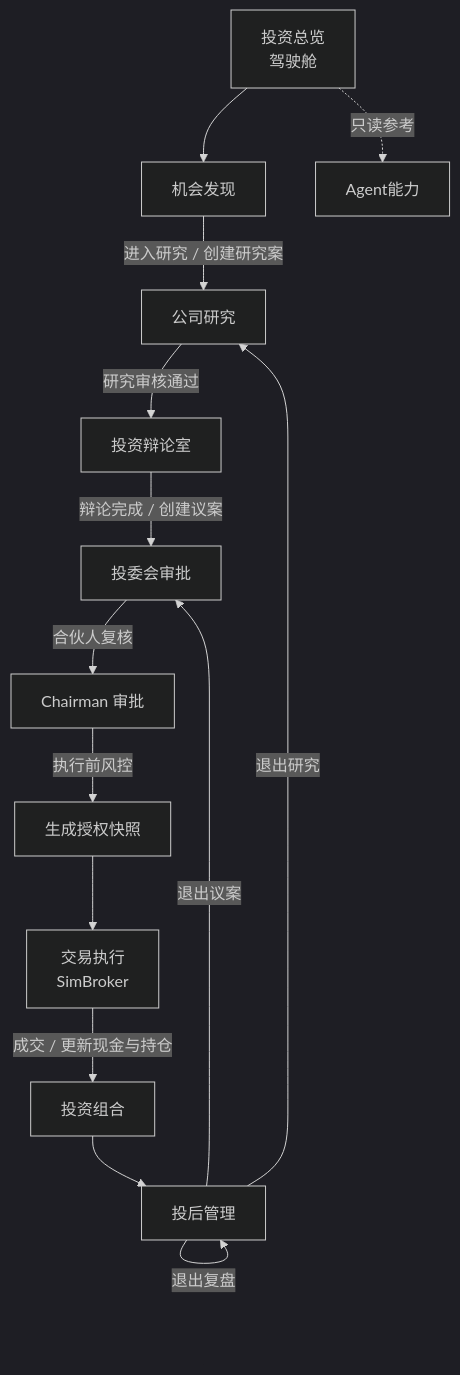
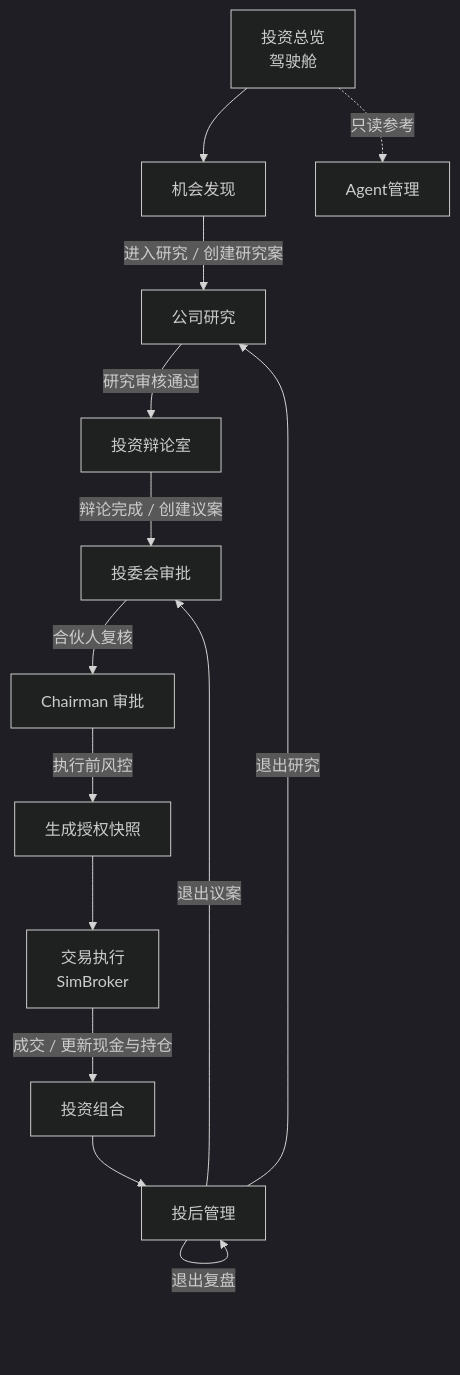
Before and after one commit to dushilieerem/1: the first of 10 diagrams in docs/功能包/FEAT-034-机构端首版闭环/机构端业务流程与模块内流程-2026-11-04.md, drawn with Mermaid (dark theme). The commit also changed other lines of this file and 19 other files, not shown here.

````diff
--- a/docs/功能包/FEAT-034-机构端首版闭环/机构端业务流程与模块内流程-2026-11-04.md
+++ b/docs/功能包/FEAT-034-机构端首版闭环/机构端业务流程与模块内流程-2026-11-04.md
@@ -19,16 +19,16 @@
 ```mermaid
 flowchart TD
   O[投资总览<br/>驾驶舱] --> I[机会发现]
   I -->|进入研究 / 创建研究案| R[公司研究]
   R -->|研究审核通过| D[投资辩论室]
   D -->|辩论完成 / 创建议案| A[投委会审批]
   A -->|合伙人复核| A2[Chairman 审批]
   A2 -->|执行前风控| A3[生成授权快照]
   A3 --> X[交易执行<br/>SimBroker]
   X -->|成交 / 更新现金与持仓| P[投资组合]
   P --> M[投后管理]
   M -->|退出研究| R
   M -->|退出议案| A
   M -->|退出复盘| M
-  O -.->|只读参考| AG[Agent能力]
+  O -.->|只读参考| AG[Agent管理]
 ```
````
